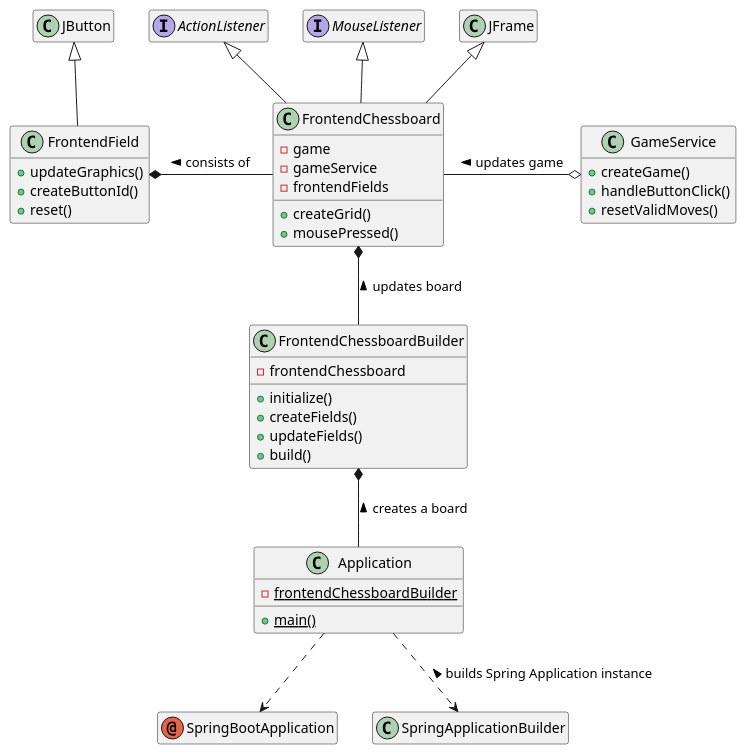
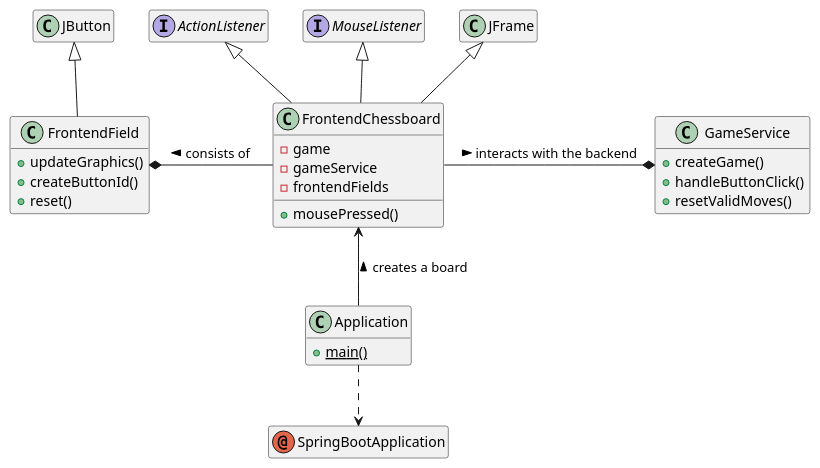
One commit to tiktaalick/chess-with-database changed the diagram in game/src/main/resources/uml/frontend.puml. Above: the diagram before and after it, drawn with PlantUML. The commit also changed 6 other files, not shown here.

```diff
--- a/game/src/main/resources/uml/frontend.puml
+++ b/game/src/main/resources/uml/frontend.puml
@@ -1,72 +1,60 @@
 @startuml
 
 '--------------'
 'Hidden members'
 '--------------'
 hide empty members
 
 '-----------'
 'Annotations'
 '-----------'
 annotation SpringBootApplication
 
 '-----------'
 'Application'
 '-----------'
 class Application {
-    - {static} frontendChessboardBuilder
     + {static} main()
 }
 
 '-----'
 'Swing'
 '-----'
 interface ActionListener{
 }
 
 interface MouseListener{
 }
 
 class FrontendChessboard{
     - game
     - gameService
     - frontendFields
-    + createGrid()
     + mousePressed()
-}
-
-class FrontendChessboardBuilder {
-    - frontendChessboard
-    + initialize()
-    + createFields()
-    + updateFields()
-    + build()
 }
 
 class FrontendField {
     + updateGraphics()
     + createButtonId()
     + reset()
 }
 
 class GameService {
     + createGame()
     + handleButtonClick()
     + resetValidMoves()
 }
 
 '---------'
 'Relations'
 '---------'
 JFrame <|-- FrontendChessboard
 JButton <|-- FrontendField
 ActionListener <|-- FrontendChessboard
 MouseListener <|-- FrontendChessboard
-FrontendChessboard *-- FrontendChessboardBuilder : < updates board
 FrontendChessboard -left-* FrontendField : consists of >
-FrontendChessboard -right-o GameService : < updates game
-FrontendChessboardBuilder *-- Application : < creates a board
+FrontendChessboard -right-* GameService : interacts with the backend >
+FrontendChessboard <-- Application : < creates a board
 Application ..> SpringBootApplication
-Application ..> SpringApplicationBuilder : < builds Spring Application instance
 
 @enduml
```
